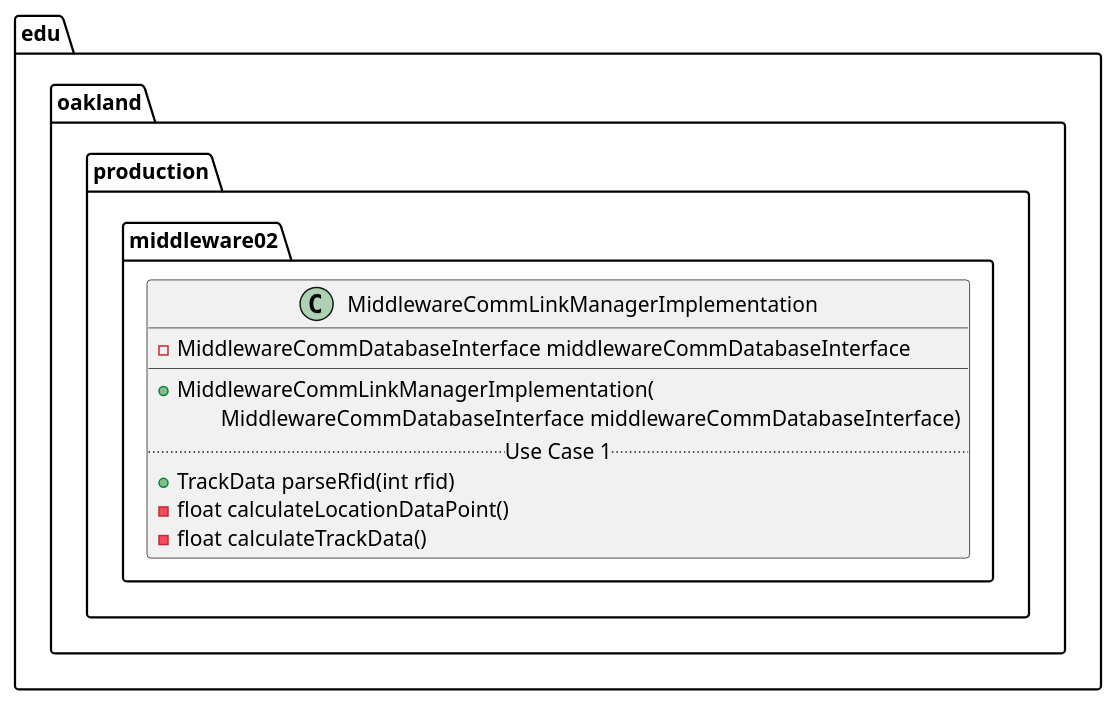
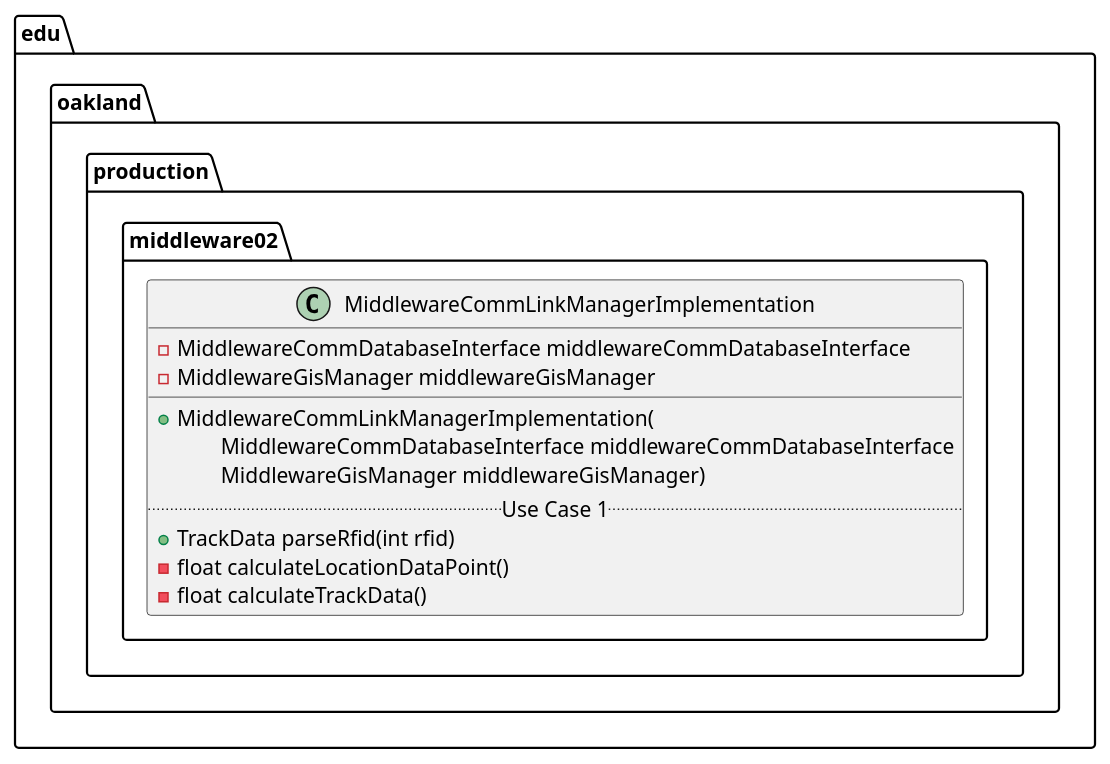
Before and after one commit to andrewdimmer/csi-3370-software-project: the diagram in docs/uml-class-diagrams/middleware02/production/MiddlewareCommLinkManagerImplementation/MiddlewareCommLinkManagerImplementation.puml, drawn with PlantUML.

```diff
--- a/docs/uml-class-diagrams/middleware02/production/MiddlewareCommLinkManagerImplementation/MiddlewareCommLinkManagerImplementation.puml
+++ b/docs/uml-class-diagrams/middleware02/production/MiddlewareCommLinkManagerImplementation/MiddlewareCommLinkManagerImplementation.puml
@@ -1,16 +1,18 @@
 @startuml MiddlewareCommLinkManagerImplementation
 
 package edu.oakland.production.middleware02 {
     class MiddlewareCommLinkManagerImplementation {
         - MiddlewareCommDatabaseInterface middlewareCommDatabaseInterface
+        - MiddlewareGisManager middlewareGisManager
         __
         + MiddlewareCommLinkManagerImplementation(
-        \tMiddlewareCommDatabaseInterface middlewareCommDatabaseInterface)
+        \tMiddlewareCommDatabaseInterface middlewareCommDatabaseInterface
+        \tMiddlewareGisManager middlewareGisManager)
         .. Use Case 1 ..
         + TrackData parseRfid(int rfid)
         - float calculateLocationDataPoint()
         - float calculateTrackData()
     }
 }
 
 @enduml
```
